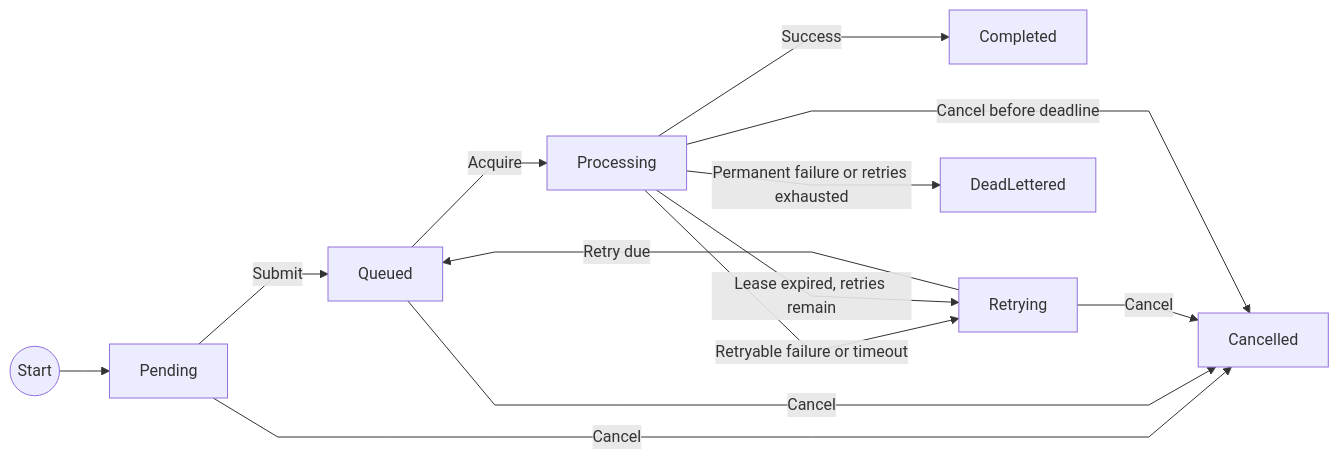
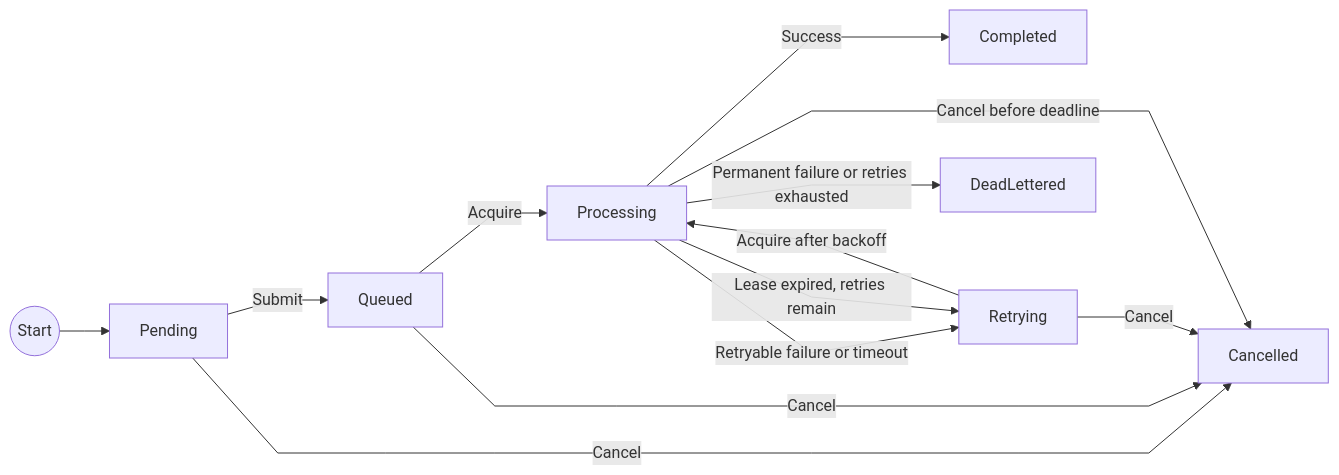
The third of 3 diagrams in README.md (Arvence/TaskForge), drawn with Mermaid before and after one commit. The commit also changed other lines of this file and 1 other file, not shown here.

````diff
--- a/README.md
+++ b/README.md
@@ -186,20 +186,20 @@
 ```mermaid
 ---
 config:
   flowchart:
     curve: linear
 ---
 flowchart LR
     Start((Start)) --> Pending
     Pending -->|Submit| Queued
     Queued -->|Acquire| Processing
     Processing -->|Success| Completed
     Processing -->|Retryable failure or timeout| Retrying
-    Retrying -->|Retry due| Queued
+    Retrying -->|Acquire after backoff| Processing
     Processing -->|Permanent failure or retries exhausted| DeadLettered
     Processing -->|Lease expired, retries remain| Retrying
     Pending -->|Cancel| Cancelled
     Queued -->|Cancel| Cancelled
     Retrying -->|Cancel| Cancelled
     Processing -->|Cancel before deadline| Cancelled
 ```
````
